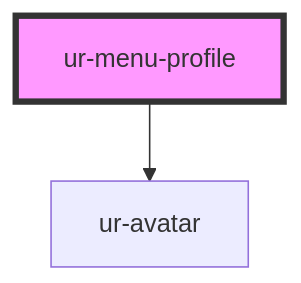
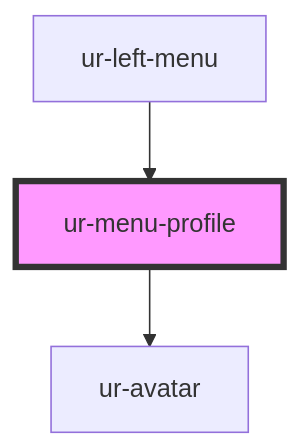
Before and after one commit to hellish/urnovl-web-components: the diagram in src/components/ur-menu-profile/readme.md, drawn with Mermaid. The commit also changed other lines of this file and 87 other files, not shown here.

Commit message:
Menu profile fix

````diff
--- a/src/components/ur-menu-profile/readme.md
+++ b/src/components/ur-menu-profile/readme.md
@@ -24,5 +28,6 @@
 ```mermaid
 graph TD;
   ur-menu-profile --> ur-avatar
+  ur-left-menu --> ur-menu-profile
   style ur-menu-profile fill:#f9f,stroke:#333,stroke-width:4px
 ```
````
